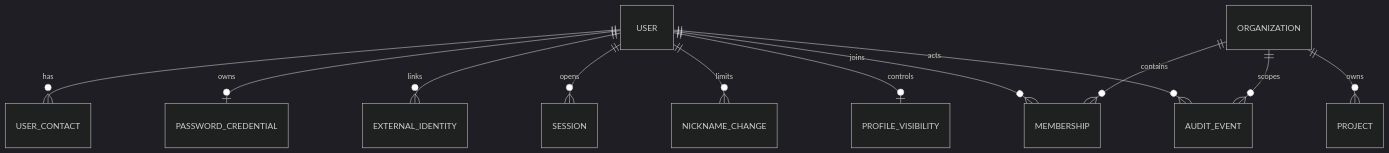
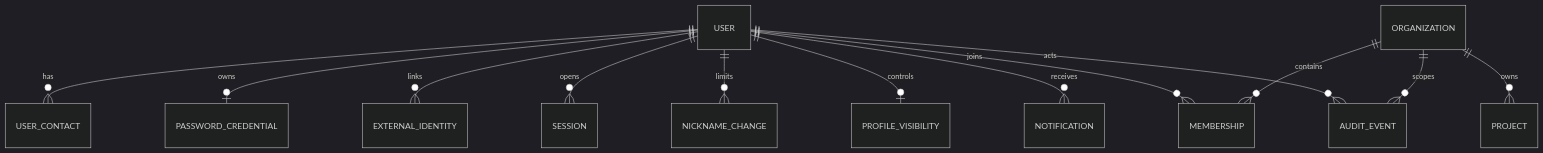
The diagram in tutorials/nestjs-backend/08-prisma-and-postgresql.md (SamChowRock/Hx), drawn with Mermaid (dark theme) before and after one commit. The commit also changed other lines of this file and 43 other files, not shown here.

````diff
--- a/tutorials/nestjs-backend/08-prisma-and-postgresql.md
+++ b/tutorials/nestjs-backend/08-prisma-and-postgresql.md
@@ -139,14 +140,15 @@
 ```mermaid
 erDiagram
   USER ||--o{ USER_CONTACT : has
   USER ||--o| PASSWORD_CREDENTIAL : owns
   USER ||--o{ EXTERNAL_IDENTITY : links
   USER ||--o{ SESSION : opens
   USER ||--o{ NICKNAME_CHANGE : limits
   USER ||--o| PROFILE_VISIBILITY : controls
+  USER ||--o{ NOTIFICATION : receives
   USER ||--o{ MEMBERSHIP : joins
   ORGANIZATION ||--o{ MEMBERSHIP : contains
   ORGANIZATION ||--o{ PROJECT : owns
   USER ||--o{ AUDIT_EVENT : acts
   ORGANIZATION ||--o{ AUDIT_EVENT : scopes
 ```
````
